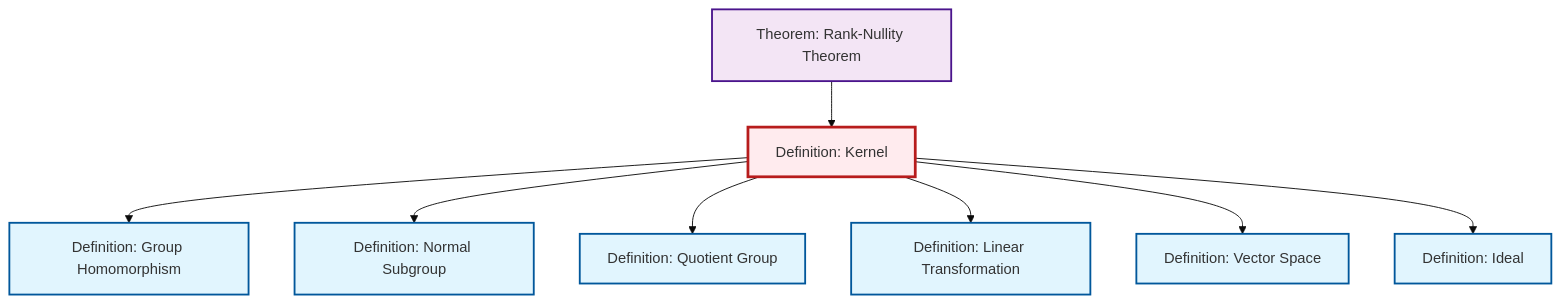
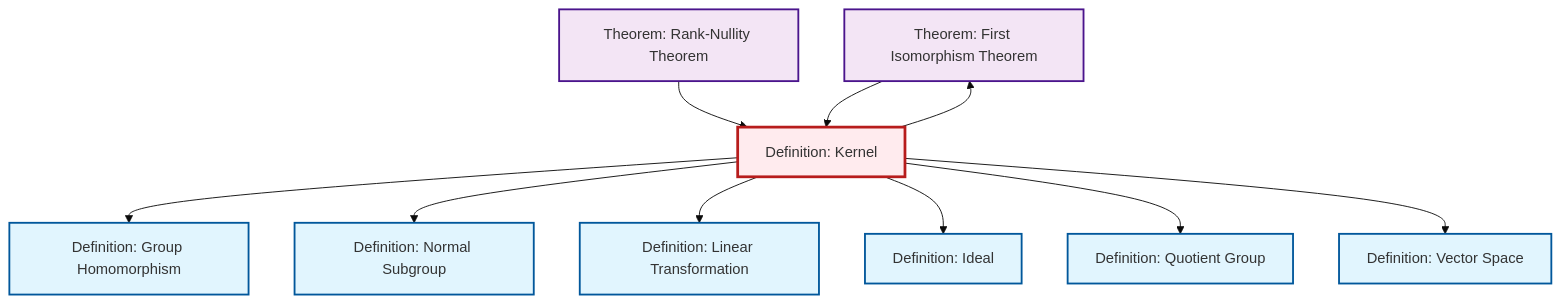
The diagram in content/en/algebra/def-kernel.qmd (RK0429/ModernMath), drawn with Mermaid (base theme) before and after one commit. The commit also changed 615 other files, not shown here.

````diff
--- a/content/en/algebra/def-kernel.qmd
+++ b/content/en/algebra/def-kernel.qmd
@@ -79,32 +79,36 @@
 ```{mermaid}
 %%| fig-cap: "Local dependency graph"
 graph TD
     classDef definition fill:#e1f5fe,stroke:#01579b,stroke-width:2px
     classDef theorem fill:#f3e5f5,stroke:#4a148c,stroke-width:2px
     classDef axiom fill:#fff3e0,stroke:#e65100,stroke-width:2px
     classDef example fill:#e8f5e9,stroke:#1b5e20,stroke-width:2px
     classDef current fill:#ffebee,stroke:#b71c1c,stroke-width:3px
+    thm-first-isomorphism["Theorem: First Isomorphism Theorem"]:::theorem
+    def-homomorphism["Definition: Group Homomorphism"]:::definition
+    def-linear-transformation["Definition: Linear Transformation"]:::definition
+    def-vector-space["Definition: Vector Space"]:::definition
+    def-kernel["Definition: Kernel"]:::definition
     def-ideal["Definition: Ideal"]:::definition
+    thm-rank-nullity["Theorem: Rank-Nullity Theorem"]:::theorem
+    def-normal-subgroup["Definition: Normal Subgroup"]:::definition
     def-quotient-group["Definition: Quotient Group"]:::definition
-    def-linear-transformation["Definition: Linear Transformation"]:::definition
-    def-kernel["Definition: Kernel"]:::definition
-    def-vector-space["Definition: Vector Space"]:::definition
-    def-normal-subgroup["Definition: Normal Subgroup"]:::definition
-    thm-rank-nullity["Theorem: Rank-Nullity Theorem"]:::theorem
-    def-homomorphism["Definition: Group Homomorphism"]:::definition
+    thm-rank-nullity --> def-kernel
     def-kernel --> def-homomorphism
     def-kernel --> def-normal-subgroup
+    thm-first-isomorphism --> def-kernel
+    def-kernel --> def-linear-transformation
+    def-kernel --> thm-first-isomorphism
+    def-kernel --> def-ideal
     def-kernel --> def-quotient-group
-    def-kernel --> def-linear-transformation
     def-kernel --> def-vector-space
-    thm-rank-nullity --> def-kernel
-    def-kernel --> def-ideal
     class def-kernel current
-    click def-ideal "def-ideal.html" "Go to Ideal definition"
-    click def-quotient-group "def-quotient-group.html" "Go to Quotient Group definition"
+    click thm-first-isomorphism "thm-first-isomorphism.html" "Go to First Isomorphism Theorem theorem"
+    click def-homomorphism "def-homomorphism.html" "Go to Group Homomorphism definition"
     click def-linear-transformation "def-linear-transformation.html" "Go to Linear Transformation definition"
     click def-vector-space "def-vector-space.html" "Go to Vector Space definition"
+    click def-ideal "def-ideal.html" "Go to Ideal definition"
+    click thm-rank-nullity "thm-rank-nullity.html" "Go to Rank-Nullity Theorem theorem"
     click def-normal-subgroup "def-normal-subgroup.html" "Go to Normal Subgroup definition"
-    click thm-rank-nullity "thm-rank-nullity.html" "Go to Rank-Nullity Theorem theorem"
-    click def-homomorphism "def-homomorphism.html" "Go to Group Homomorphism definition"
+    click def-quotient-group "def-quotient-group.html" "Go to Quotient Group definition"
 ```
````
